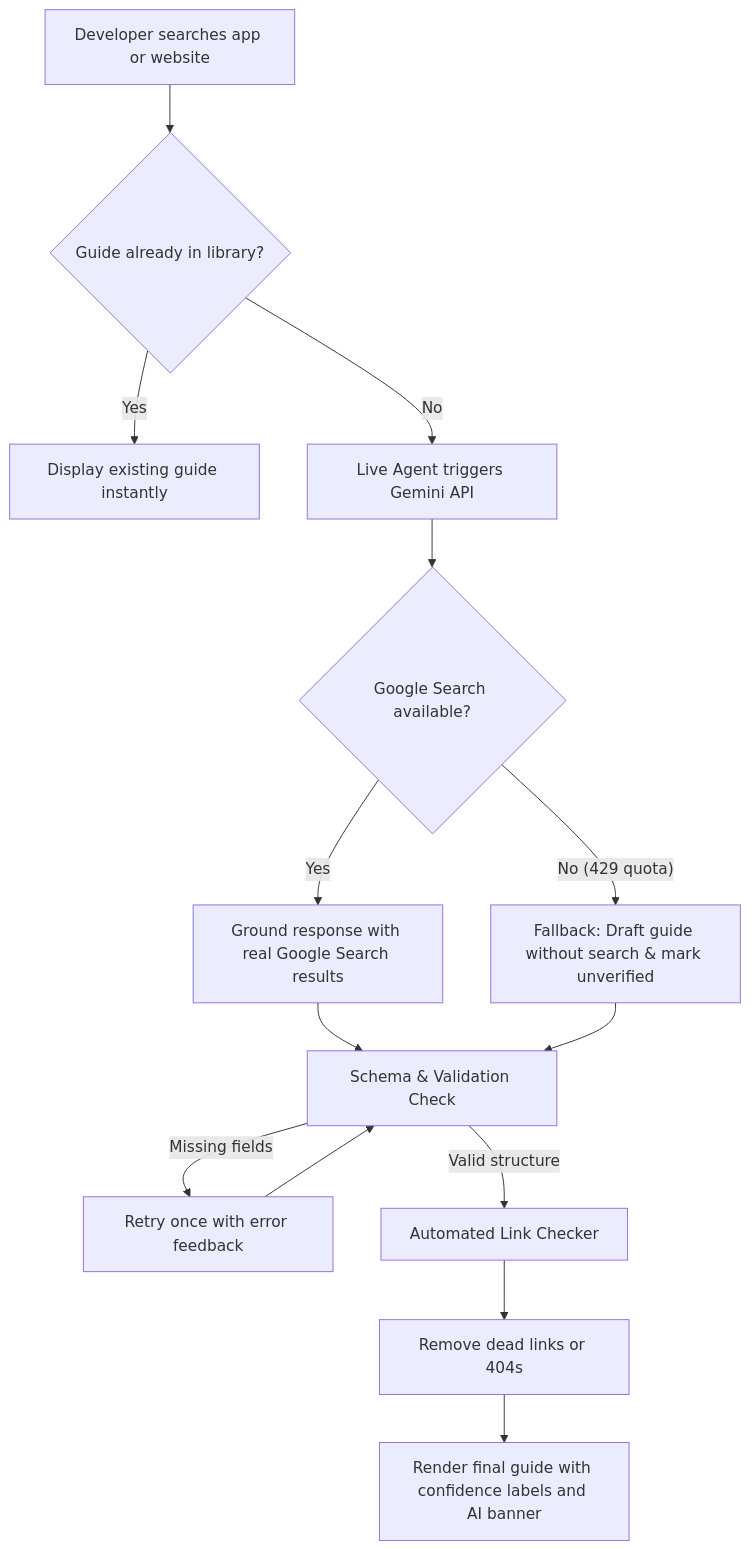
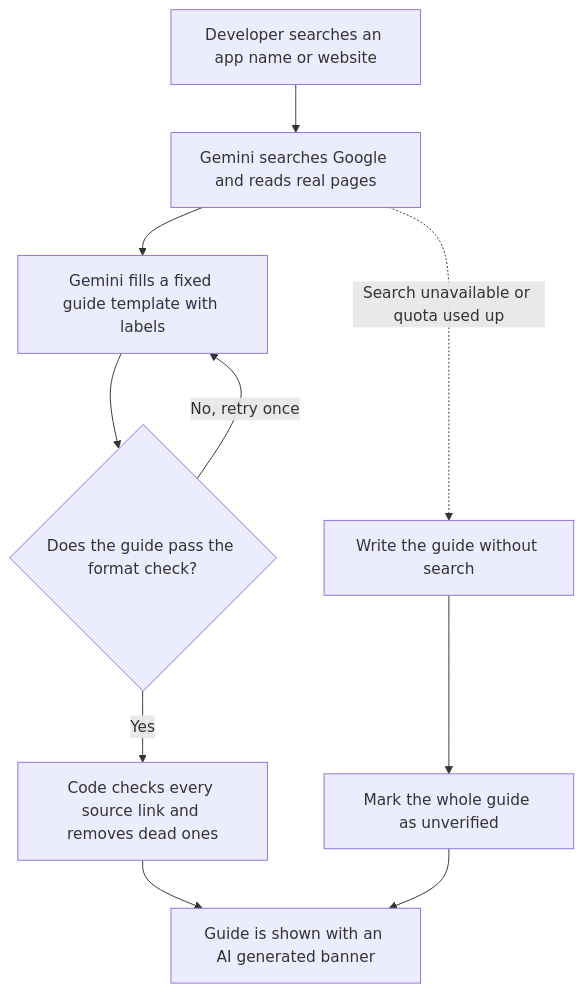
Before and after one commit to shivvering/Composio-Project: the diagram in README.md, drawn with Mermaid. The commit also changed other lines of this file and 2 other files, not shown here.

Commit message:
Final README and guide fixes

````diff
--- a/README.md
+++ b/README.md
@@ -34,16 +37,12 @@
 ```mermaid
 flowchart TD
-    A[Developer searches app or website] --> B{Guide already in library?}
-    B -- Yes --> C[Display existing guide instantly]
-    B -- No --> D[Live Agent triggers Gemini API]
-    D --> E{Google Search available?}
-    E -- Yes --> F[Ground response with real Google Search results]
-    E -- No (429 quota) --> G[Fallback: Draft guide without search & mark unverified]
-    F --> H[Schema & Validation Check]
-    G --> H
-    H -- Missing fields --> I[Retry once with error feedback]
-    I --> H
-    H -- Valid structure --> J[Automated Link Checker]
-    J --> K[Remove dead links or 404s]
-    K --> L[Render final guide with confidence labels and AI banner]
+A[Developer searches an app name or website] --> B[Gemini searches Google and reads real pages]
+B --> C[Gemini fills a fixed guide template with labels]
+C --> D{Does the guide pass the format check?}
+D -- No, retry once --> C
+D -- Yes --> E[Code checks every source link and removes dead ones]
+E --> F[Guide is shown with an AI generated banner]
+B -. Search unavailable or quota used up .-> G[Write the guide without search]
+G --> H[Mark the whole guide as unverified]
+H --> F
 ```
````
